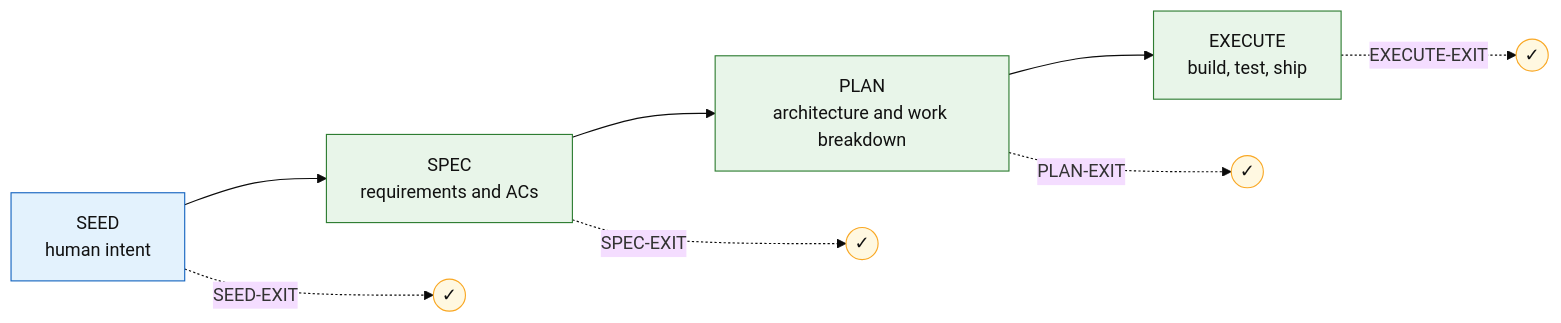
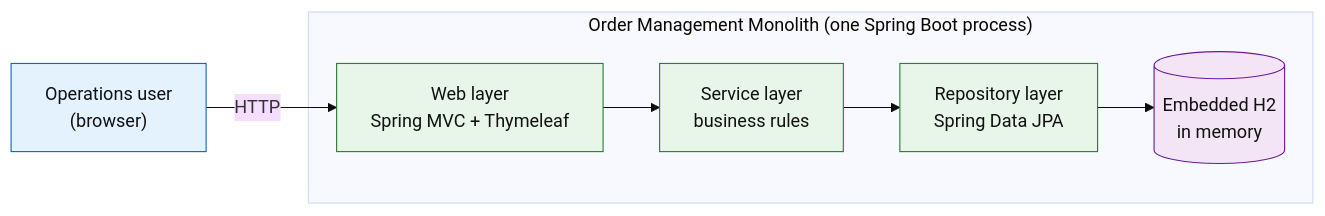
The first of 2 diagrams in README.md (raviganesh-ai/fake-monolith), drawn with Mermaid (base theme) before and after one commit. The commit also changed other lines of this file and 2 other files, not shown here.

````diff
--- a/README.md
+++ b/README.md
@@ -60,13 +42,14 @@
 ```mermaid
 flowchart LR
-    seed["SEED<br/>human intent"]:::actor --> spec["SPEC<br/>requirements and ACs"]:::compute
-    spec --> plan["PLAN<br/>architecture and work breakdown"]:::compute
-    plan --> exec["EXECUTE<br/>build, test, ship"]:::compute
-    seed -.->|SEED-EXIT| g1(("✓")):::gate
-    spec -.->|SPEC-EXIT| g2(("✓")):::gate
-    plan -.->|PLAN-EXIT| g3(("✓")):::gate
-    exec -.->|EXECUTE-EXIT| g4(("✓")):::gate
+    browser["Operations user<br/>(browser)"]:::actor
+    subgraph app["Order Management Monolith (one Spring Boot process)"]
+        web["Web layer<br/>Spring MVC + Thymeleaf"]:::compute
+        svc["Service layer<br/>business rules"]:::compute
+        repo["Repository layer<br/>Spring Data JPA"]:::compute
+        h2[("Embedded H2<br/>in memory")]:::data
+    end
+    browser -->|HTTP| web --> svc --> repo --> h2
     classDef actor fill:#E3F2FD,stroke:#1565C0,color:#111;
     classDef compute fill:#E8F5E9,stroke:#2E7D32,color:#111;
-    classDef gate fill:#FFF8E1,stroke:#F9A825,color:#111;
+    classDef data fill:#F3E5F5,stroke:#6A1B9A,color:#111;
 ```
````
